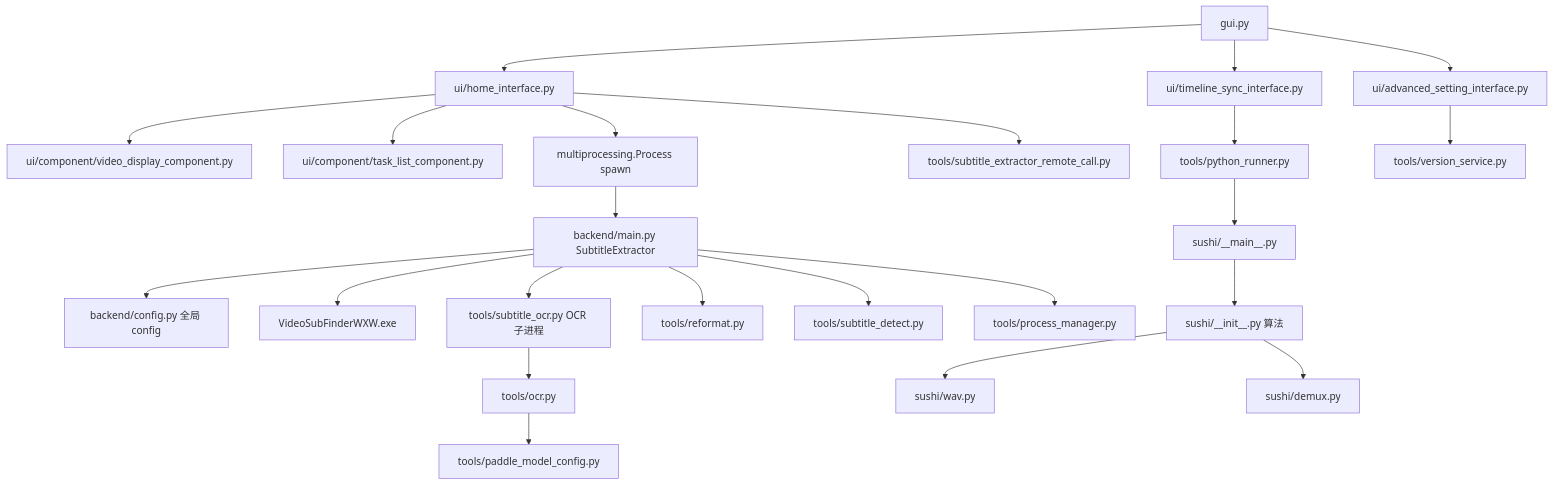
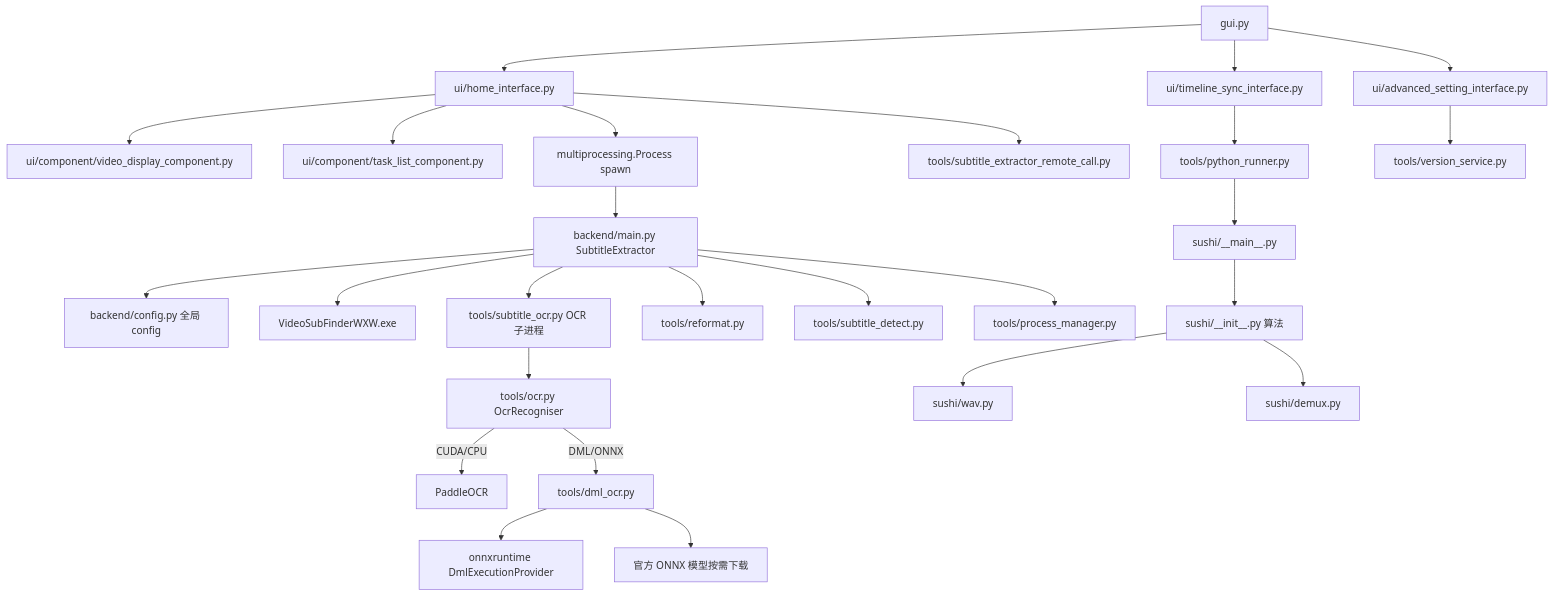
The second of 2 diagrams in CODEBASE_GUIDE.md (Catfish-Y/video-subtitle-extractor-DirectML), drawn with Mermaid before and after one commit. The commit also changed other lines of this file, not shown here.

````diff
--- a/CODEBASE_GUIDE.md
+++ b/CODEBASE_GUIDE.md
@@ -74,25 +83,28 @@
 ```mermaid
 flowchart TD
     GUI[gui.py] --> HOME[ui/home_interface.py]
     GUI --> ADV[ui/advanced_setting_interface.py]
     GUI --> SYNC[ui/timeline_sync_interface.py]
     HOME --> VID[ui/component/video_display_component.py]
     HOME --> TASK[ui/component/task_list_component.py]
     HOME --> PROC[multiprocessing.Process spawn]
     PROC --> MAIN[backend/main.py SubtitleExtractor]
     MAIN --> CFG[backend/config.py 全局 config]
     MAIN --> VSF[VideoSubFinderWXW.exe]
     MAIN --> OCRP[tools/subtitle_ocr.py OCR 子进程]
-    OCRP --> OCR[tools/ocr.py]
-    OCR --> MODEL[tools/paddle_model_config.py]
+    OCRP --> OCR[tools/ocr.py OcrRecogniser]
+    OCR -->|CUDA/CPU| PADDLE[PaddleOCR]
+    OCR -->|DML/ONNX| DML[tools/dml_ocr.py]
+    DML --> ORT[onnxruntime DmlExecutionProvider]
+    DML --> DL[官方 ONNX 模型按需下载]
     MAIN --> REFORM[tools/reformat.py]
     MAIN --> DET[tools/subtitle_detect.py]
     MAIN --> PM[tools/process_manager.py]
     HOME --> RC[tools/subtitle_extractor_remote_call.py]
     SYNC --> RUNNER[tools/python_runner.py]
     RUNNER --> SUSHI[sushi/__main__.py]
     SUSHI --> SUSHIINIT[sushi/__init__.py 算法]
     SUSHIINIT --> WAV[sushi/wav.py]
     SUSHIINIT --> DEMUX[sushi/demux.py]
     ADV --> VER[tools/version_service.py]
 ```
````
